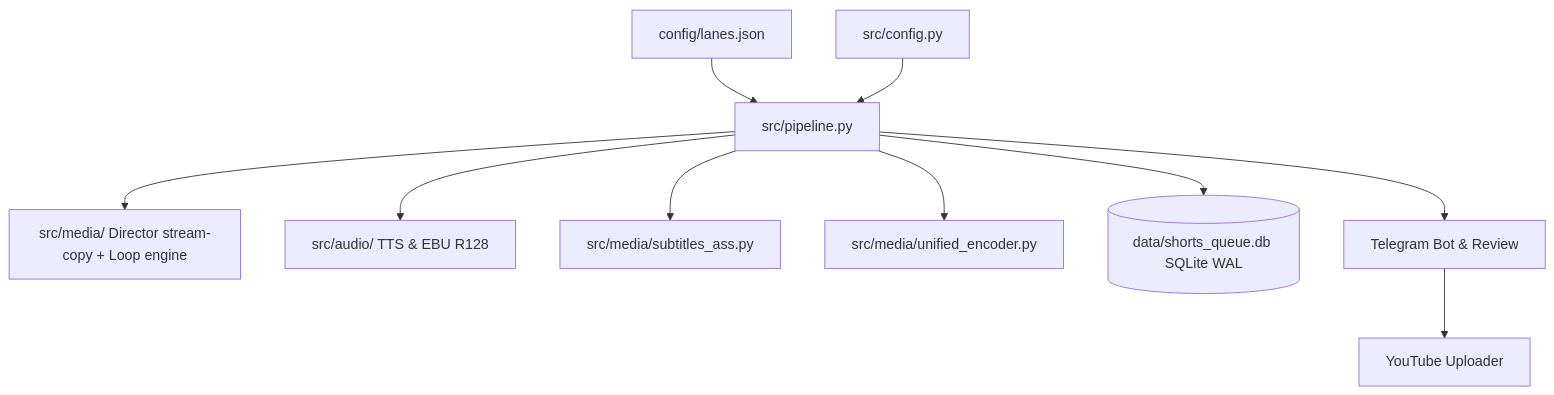
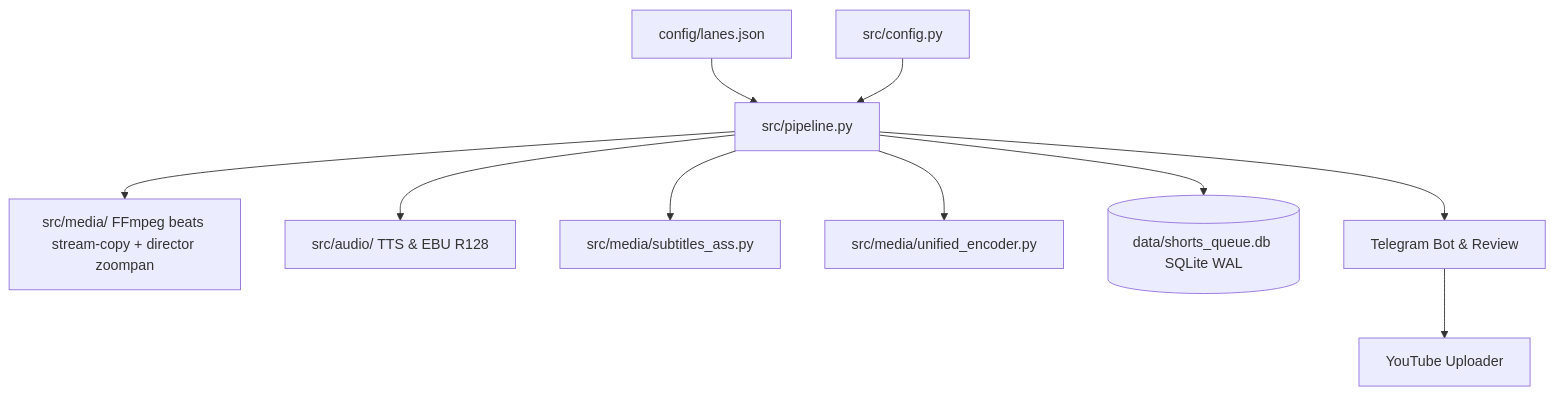
One commit to soyaelithia-ui/yt-auto changed the diagram in docs/ARQUITECTURA.md. Above: the diagram before and after it, drawn with Mermaid. The commit also changed other lines of this file and 81 other files, not shown here.

Commit message:
chore: prune legacy graphics and enable cookie uploads

````diff
--- a/docs/ARQUITECTURA.md
+++ b/docs/ARQUITECTURA.md
@@ -7,12 +12,12 @@
 ```mermaid
 graph TD
     Lanes[config/lanes.json] --> Pipe[src/pipeline.py]
     Config[src/config.py] --> Pipe
-    Pipe --> Media[src/media/ Director stream-copy + Loop engine]
+    Pipe --> Media[src/media/ FFmpeg beats stream-copy + director zoompan]
     Pipe --> Audio[src/audio/ TTS & EBU R128]
     Pipe --> Subs[src/media/subtitles_ass.py]
     Pipe --> Encoder[src/media/unified_encoder.py]
     Pipe --> DB[(data/shorts_queue.db SQLite WAL)]
     Pipe --> Review[Telegram Bot & Review]
     Review --> YouTube[YouTube Uploader]
 ```
````
